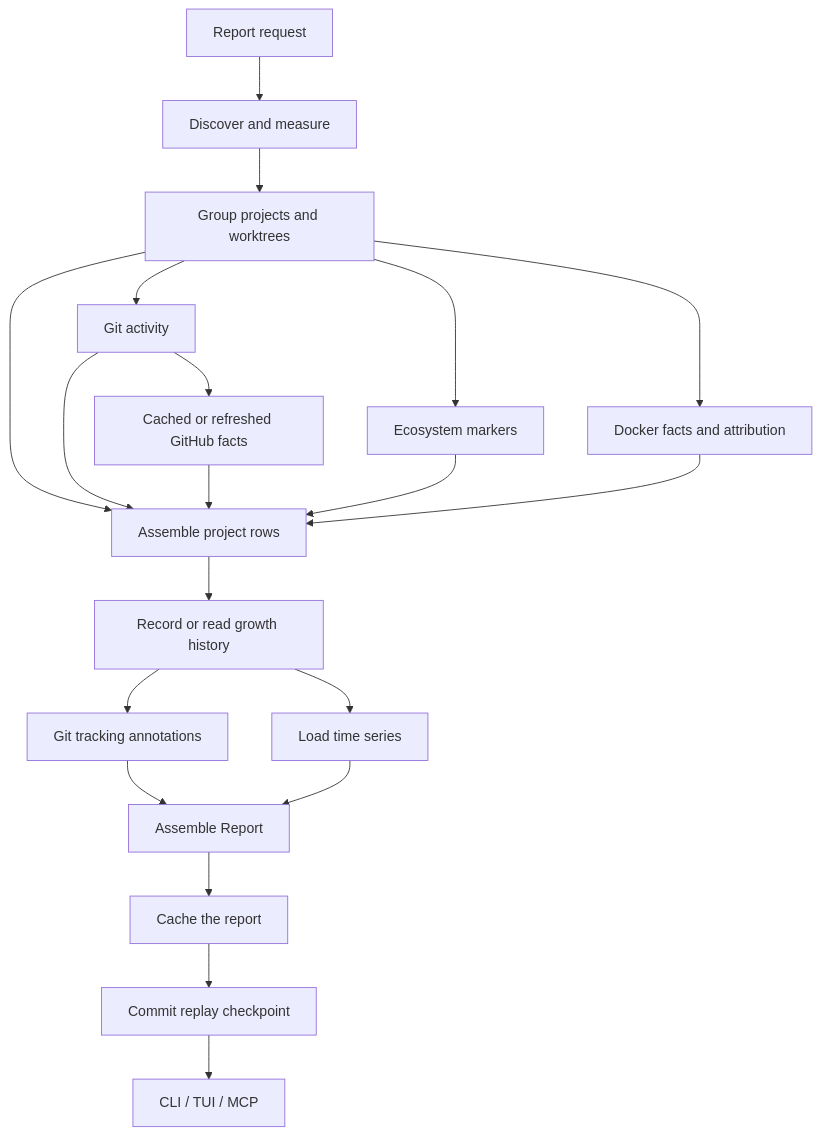
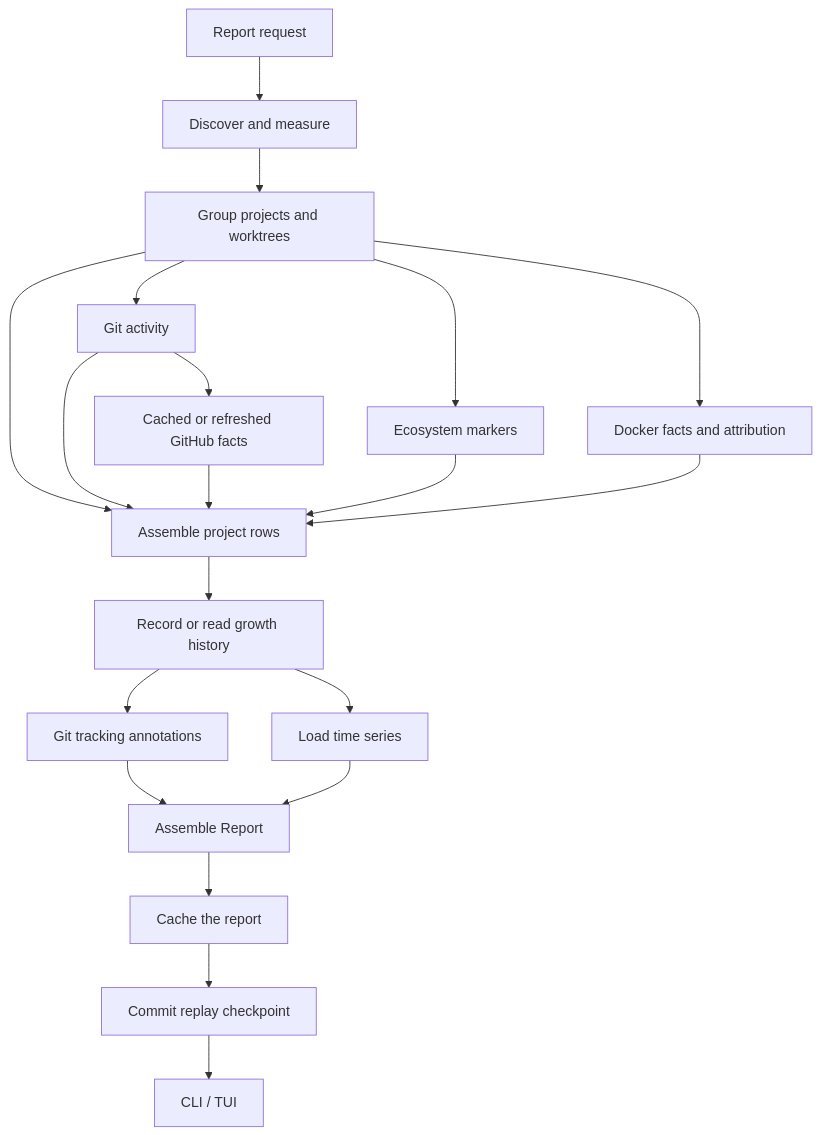
Before and after one commit to open-horizon-labs/slop-livin: the diagram in docs/architecture.md, drawn with Mermaid. The commit also changed other lines of this file and 18 other files, not shown here.

````diff
--- a/docs/architecture.md
+++ b/docs/architecture.md
@@ -67,22 +67,22 @@
 ```mermaid
 flowchart TD
     Request[Report request] --> Walk[Discover and measure]
     Walk --> Projects[Group projects and worktrees]
     Projects --> Signals[Git activity]
     Signals --> GitHub[Cached or refreshed GitHub facts]
     Projects --> Ecosystems[Ecosystem markers]
     Projects --> Docker[Docker facts and attribution]
     Projects --> Gate[Assemble project rows]
     Signals --> Gate
     GitHub --> Gate
     Ecosystems --> Gate
     Docker --> Gate
     Gate --> Growth[Record or read growth history]
     Growth --> Tracking[Git tracking annotations]
     Growth --> History[Load time series]
     Tracking --> Report[Assemble Report]
     History --> Report
     Report --> Cache[Cache the report]
     Cache --> Checkpoint[Commit replay checkpoint]
-    Checkpoint --> Interfaces[CLI / TUI / MCP]
+    Checkpoint --> Interfaces[CLI / TUI]
 ```
````
